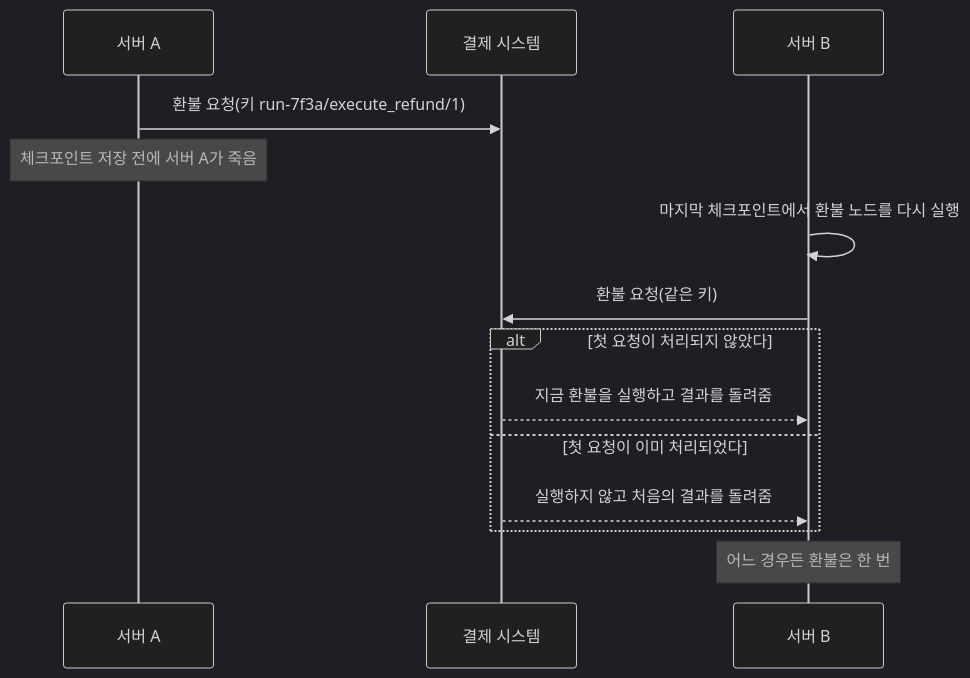
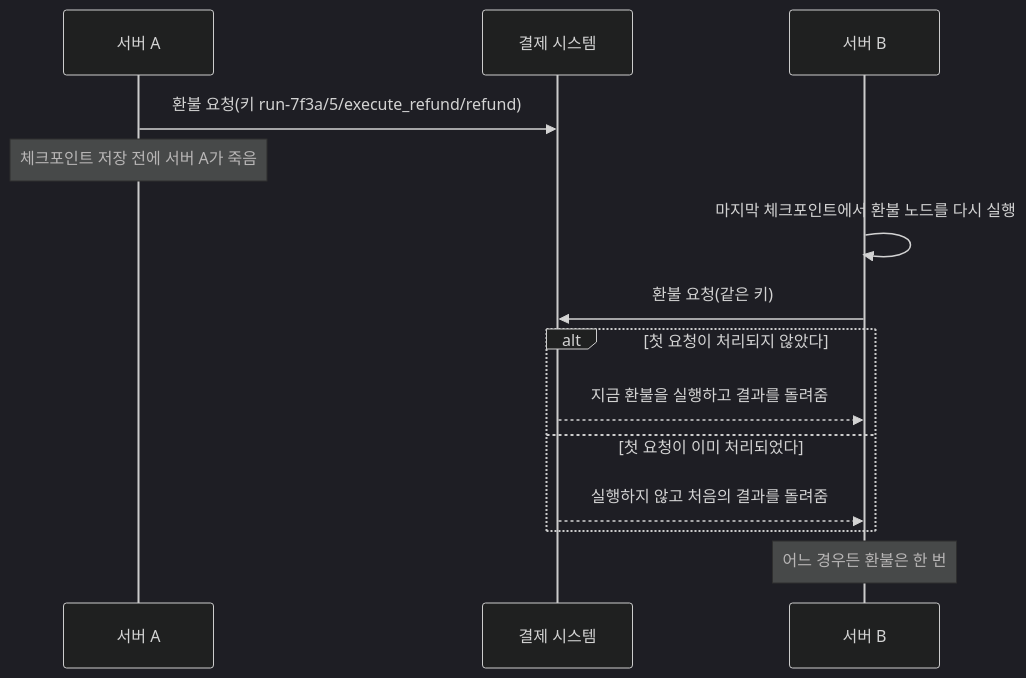
Diagram 15 of 15 in 00.architecture.md (iwindfree/ai-agent-framework-architecture), drawn with Mermaid (dark theme) before and after one commit. The commit also changed other lines of this file, not shown here.

Commit message:
Define idempotency key as run, base checkpoint, node and call name

````diff
--- a/00.architecture.md
+++ b/00.architecture.md
@@ -1389,16 +1404,16 @@
 ```mermaid
 sequenceDiagram
     participant A as 서버 A
     participant P as 결제 시스템
     participant B as 서버 B
-    A->>P: 환불 요청(키 run-7f3a/execute_refund/1)
+    A->>P: 환불 요청(키 run-7f3a/5/execute_refund/refund)
     Note over A: 체크포인트 저장 전에 서버 A가 죽음
     B->>B: 마지막 체크포인트에서 환불 노드를 다시 실행
     B->>P: 환불 요청(같은 키)
     alt 첫 요청이 처리되지 않았다
         P-->>B: 지금 환불을 실행하고 결과를 돌려줌
     else 첫 요청이 이미 처리되었다
         P-->>B: 실행하지 않고 처음의 결과를 돌려줌
     end
     Note over B: 어느 경우든 환불은 한 번
 ```
````
